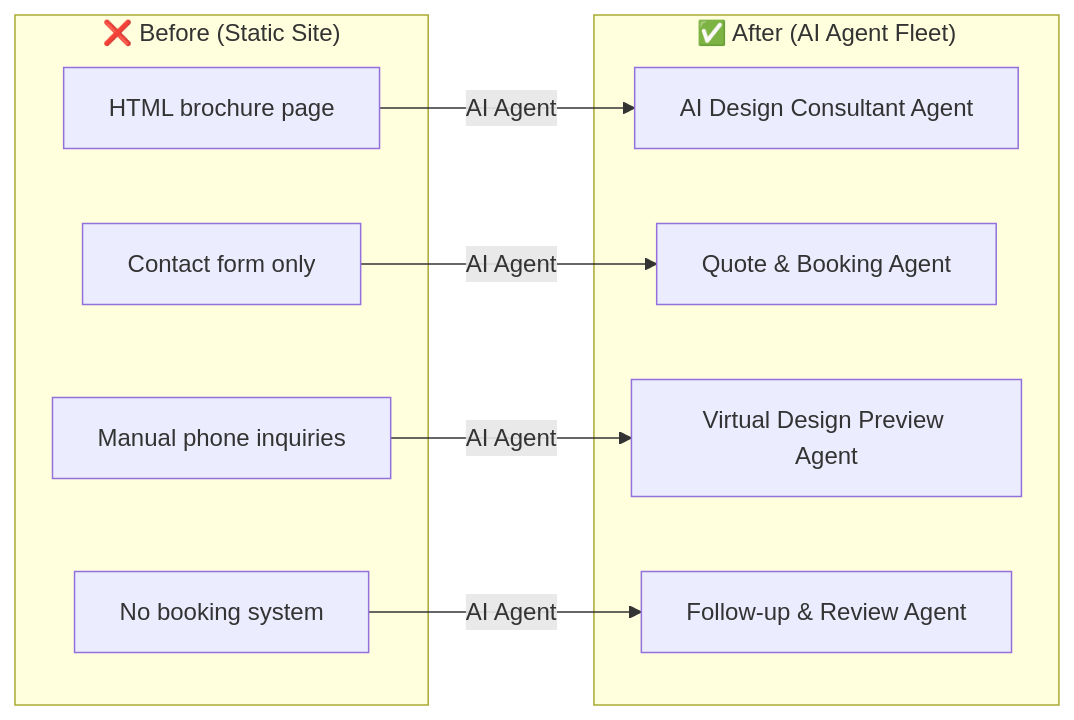
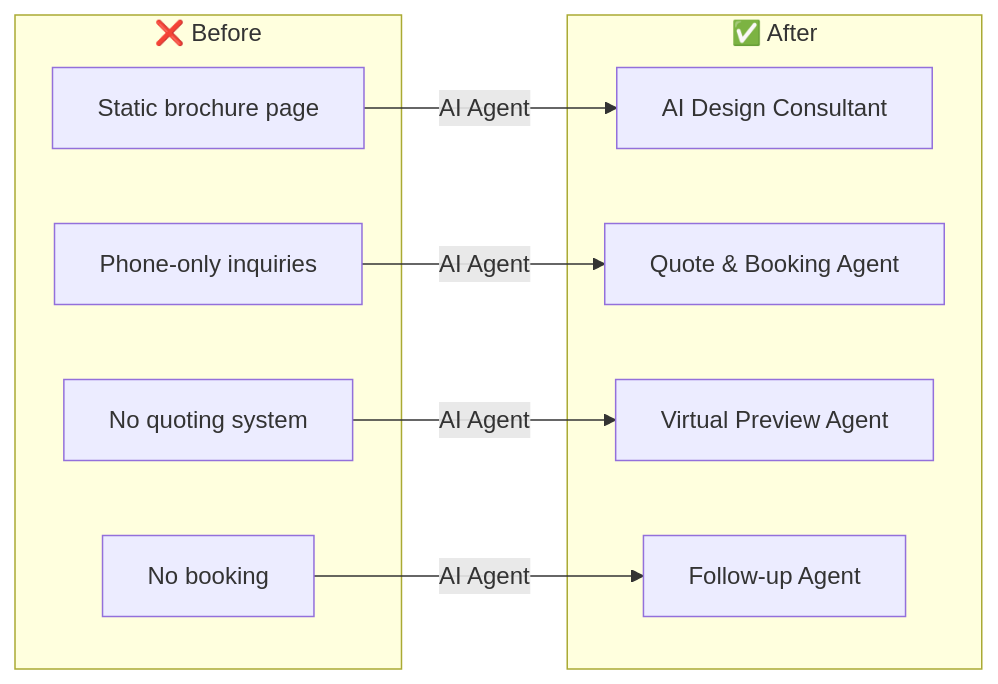
Before and after one commit to SparkSpheartech/automotive-customization-ai-agent: the first of 2 diagrams in README.md, drawn with Mermaid. The commit also changed other lines of this file, not shown here.

````diff
--- a/README.md
+++ b/README.md
@@ -27,21 +27,19 @@
 ```mermaid
 graph LR
-    subgraph BEFORE["❌ Before (Static Site)"]
-        B1[HTML brochure page]
-        B2[Contact form only]
-        B3[Manual phone inquiries]
-        B4[No booking system]
+    subgraph BEFORE["❌ Before"]
+        B1[Static brochure page]
+        B2[Phone-only inquiries]
+        B3[No quoting system]
+        B4[No booking]
     end
-
-    subgraph AFTER["✅ After (AI Agent Fleet)"]
-        A1[AI Design Consultant Agent]
+    subgraph AFTER["✅ After"]
+        A1[AI Design Consultant]
         A2[Quote & Booking Agent]
-        A3[Virtual Design Preview Agent]
-        A4[Follow-up & Review Agent]
+        A3[Virtual Preview Agent]
+        A4[Follow-up Agent]
     end
-
     B1 -->|AI Agent| A1
     B2 -->|AI Agent| A2
     B3 -->|AI Agent| A3
     B4 -->|AI Agent| A4
 ```
````
